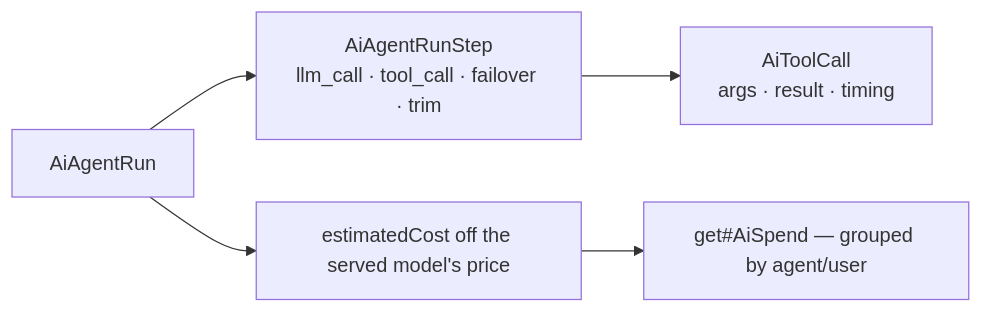
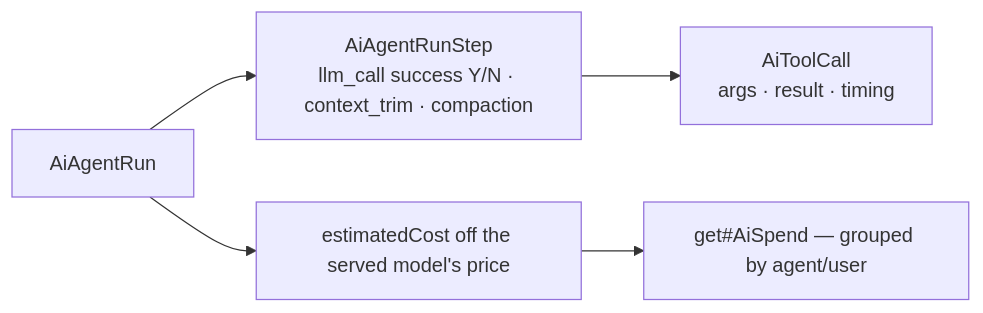
One commit to hotwax/moqui-ai changed the eighth of 8 diagrams in docs/capabilities.md. Above: the diagram before and after it, drawn with Mermaid. The commit also changed other lines of this file and 5 other files, not shown here.

Commit message:
docs: reflect createdDate/startedDate/endedDate, derived lastActivity, step success (#48)

````diff
--- a/docs/capabilities.md
+++ b/docs/capabilities.md
@@ -312,7 +312,7 @@
 ```mermaid
 flowchart LR
-    RUN[AiAgentRun] --> STEP[AiAgentRunStep<br/>llm_call · tool_call · failover · trim]
+    RUN[AiAgentRun] --> STEP[AiAgentRunStep<br/>llm_call success Y/N · context_trim · compaction]
     STEP --> TC[AiToolCall<br/>args · result · timing]
     RUN --> COST[estimatedCost off the served model's price]
     COST --> SPEND[get#AiSpend — grouped by agent/user]
 ```
````
